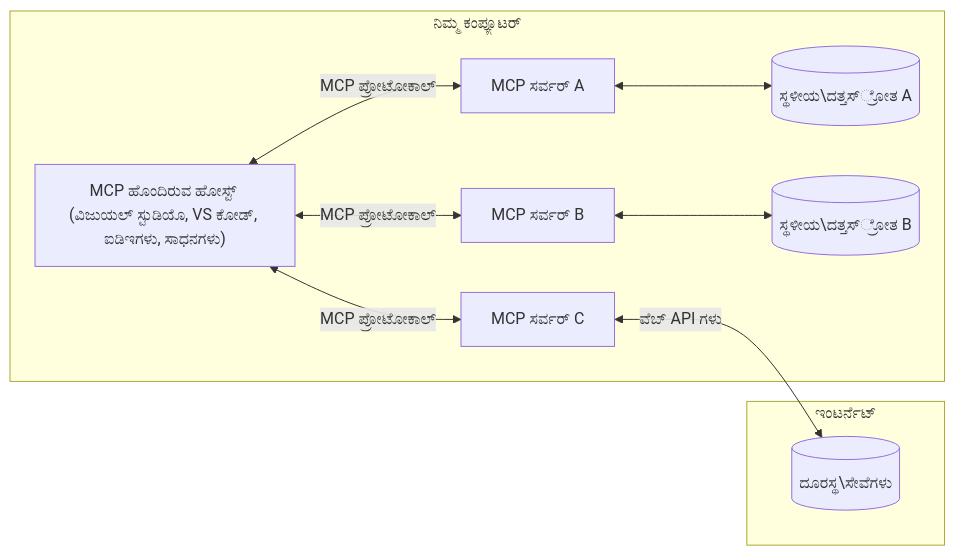
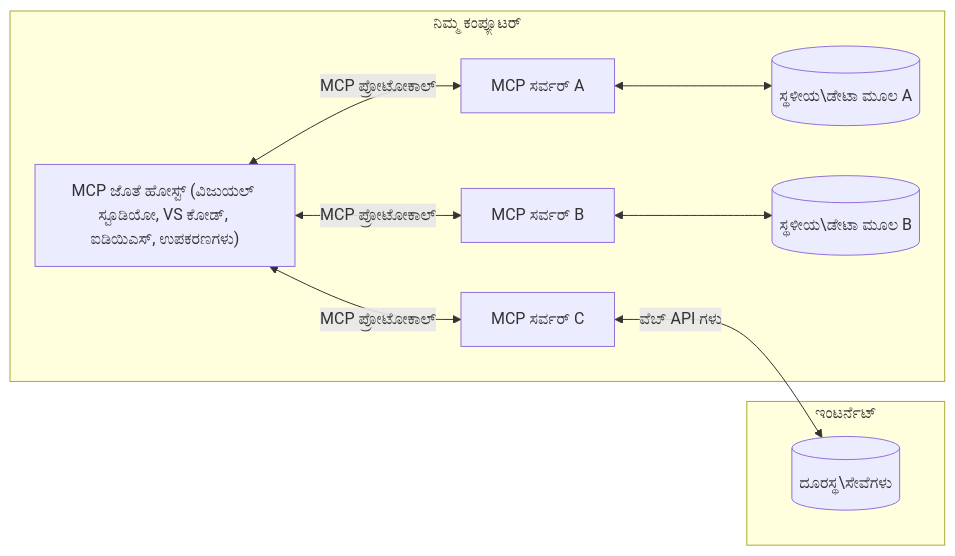
Before and after one commit to HIDORAKAI002/ai-workspace-archive: the diagram in mcp_ecosystem__model_context_protocol/mcp_learning_resources/mcp-for-beginners/translations/kn/01-CoreConcepts/README.md, drawn with Mermaid. The commit also changed other lines of this file and 1046 other files, not shown here.

````diff
--- a/mcp_ecosystem__model_context_protocol/mcp_learning_resources/mcp-for-beginners/translations/kn/01-CoreConcepts/README.md
+++ b/mcp_ecosystem__model_context_protocol/mcp_learning_resources/mcp-for-beginners/translations/kn/01-CoreConcepts/README.md
@@ -45,17 +45,17 @@
 ```mermaid
 flowchart LR
     subgraph "ನಿಮ್ಮ ಕಂಪ್ಯೂಟರ್"
-        Host["MCP ಹೊಂದಿರುವ ಹೋಸ್ಟ್ (ವಿಜುಯಲ್ ಸ್ಟುಡಿಯೊ, VS ಕೋಡ್, ಐಡಿಇಗಳು, ಸಾಧನಗಳು)"]
+        Host["MCP ಜೊತೆ ಹೋಸ್ಟ್ (ವಿಜುಯಲ್ ಸ್ಟೂಡಿಯೋ, VS ಕೋಡ್, ಐಡಿಯಿಎಸ್, ಉಪಕರಣಗಳು)"]
         S1["MCP ಸರ್ವರ್ A"]
         S2["MCP ಸರ್ವರ್ B"]
         S3["MCP ಸರ್ವರ್ C"]
         Host <-->|"MCP ಪ್ರೋಟೋಕಾಲ್"| S1
         Host <-->|"MCP ಪ್ರೋಟೋಕಾಲ್"| S2
         Host <-->|"MCP ಪ್ರೋಟೋಕಾಲ್"| S3
-        S1 <--> D1[("ಸ್ಥಳೀಯ\ದತ್ತಸ್್ರೋತ A")]
-        S2 <--> D2[("ಸ್ಥಳೀಯ\ದತ್ತಸ್್ರೋತ B")]
+        S1 <--> D1[("ಸ್ಥಳೀಯ\ಡೇಟಾ ಮೂಲ A")]
+        S2 <--> D2[("ಸ್ಥಳೀಯ\ಡೇಟಾ ಮೂಲ B")]
     end
     subgraph "ಇಂಟರ್ನೆಟ್"
         S3 <-->|"ವೆಬ್ API ಗಳು"| D3[("ದೂರಸ್ಥ\ಸೇವೆಗಳು")]
     end
-```  
+```
````
